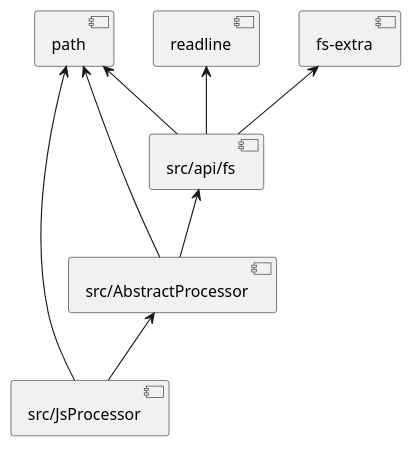
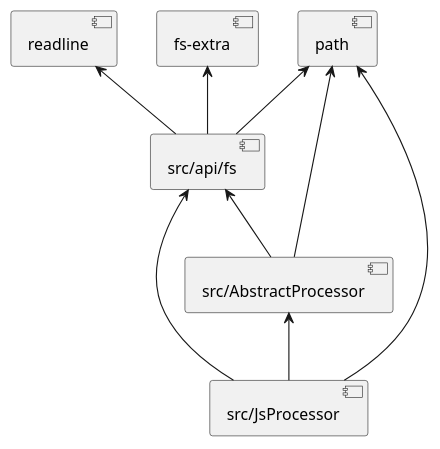
Before and after one commit to ljquan/gen-structure: the first of 3 diagrams in structure.md, drawn with PlantUML. The commit also changed 6 other files, not shown here.

````diff
--- a/structure.md
+++ b/structure.md
@@ -2,11 +2,12 @@
 ```plantuml
 @startuml
+[src/JsProcessor] -up-> [src/AbstractProcessor]
+[src/AbstractProcessor] -up-> [src/api/fs]
 [src/api/fs] -up-> [fs-extra]
 [src/api/fs] -up-> [path]
 [src/api/fs] -up-> [readline]
-[src/AbstractProcessor] -up-> [src/api/fs]
 [src/AbstractProcessor] -up-> [path]
-[src/JsProcessor] -up-> [src/AbstractProcessor]
 [src/JsProcessor] -up-> [path]
+[src/JsProcessor] -up-> [src/api/fs]
 @enduml
 ```
````
